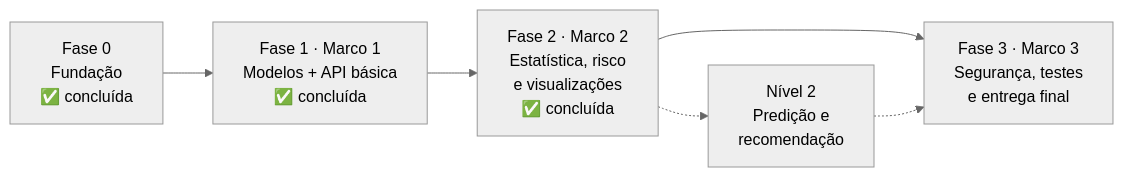
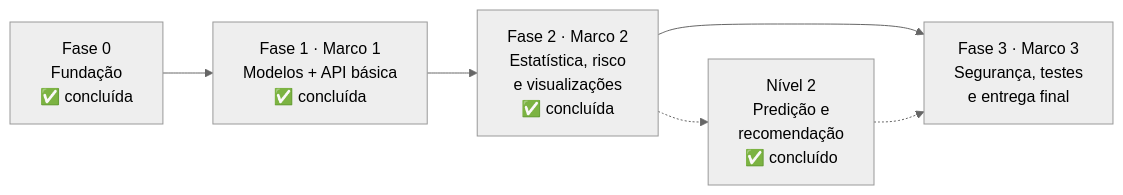
The diagram in ROADMAP.md (Victorfiallho/simpa), drawn with Mermaid (neutral theme) before and after one commit. The commit also changed other lines of this file and 19 other files, not shown here.

````diff
--- a/ROADMAP.md
+++ b/ROADMAP.md
@@ -13,8 +13,8 @@
 ```mermaid
 flowchart LR
     F0["Fase 0<br/>Fundação<br/>✅ concluída"] --> F1["Fase 1 · Marco 1<br/>Modelos + API básica<br/>✅ concluída"]
     F1 --> F2["Fase 2 · Marco 2<br/>Estatística, risco<br/>e visualizações<br/>✅ concluída"]
     F2 --> F3["Fase 3 · Marco 3<br/>Segurança, testes<br/>e entrega final"]
-    F2 -.-> N2["Nível 2<br/>Predição e<br/>recomendação"]
+    F2 -.-> N2["Nível 2<br/>Predição e<br/>recomendação<br/>✅ concluído"]
     N2 -.-> F3
 ```
````
